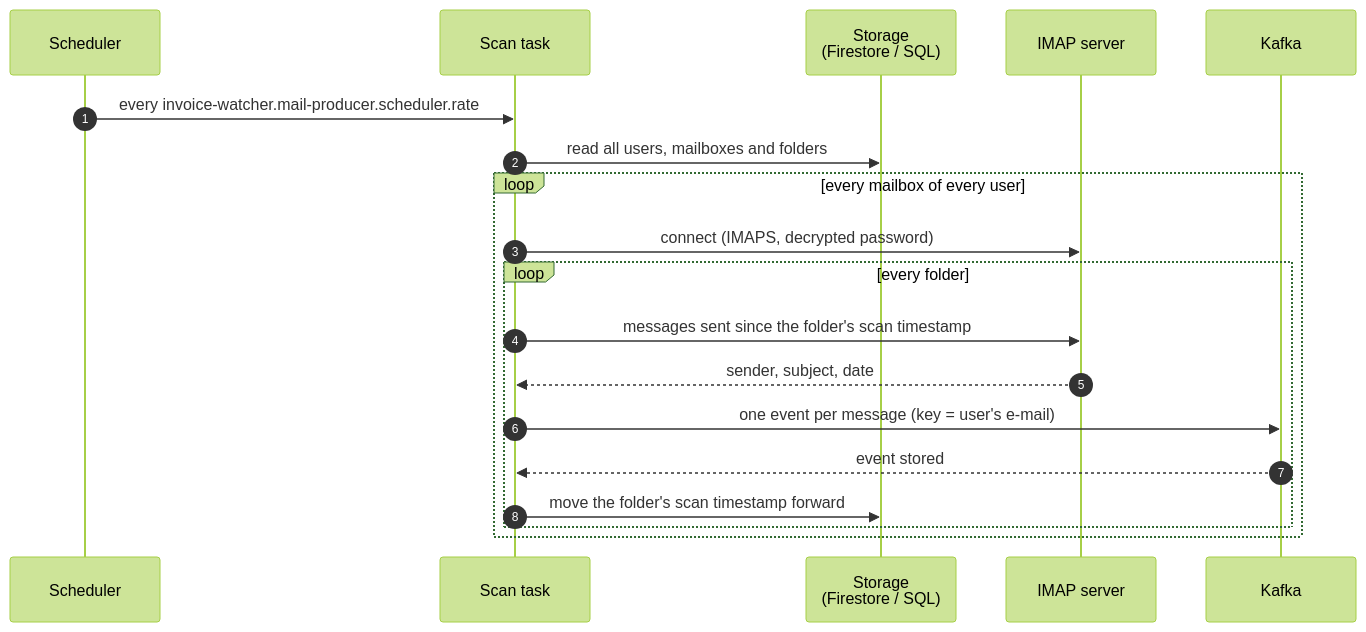
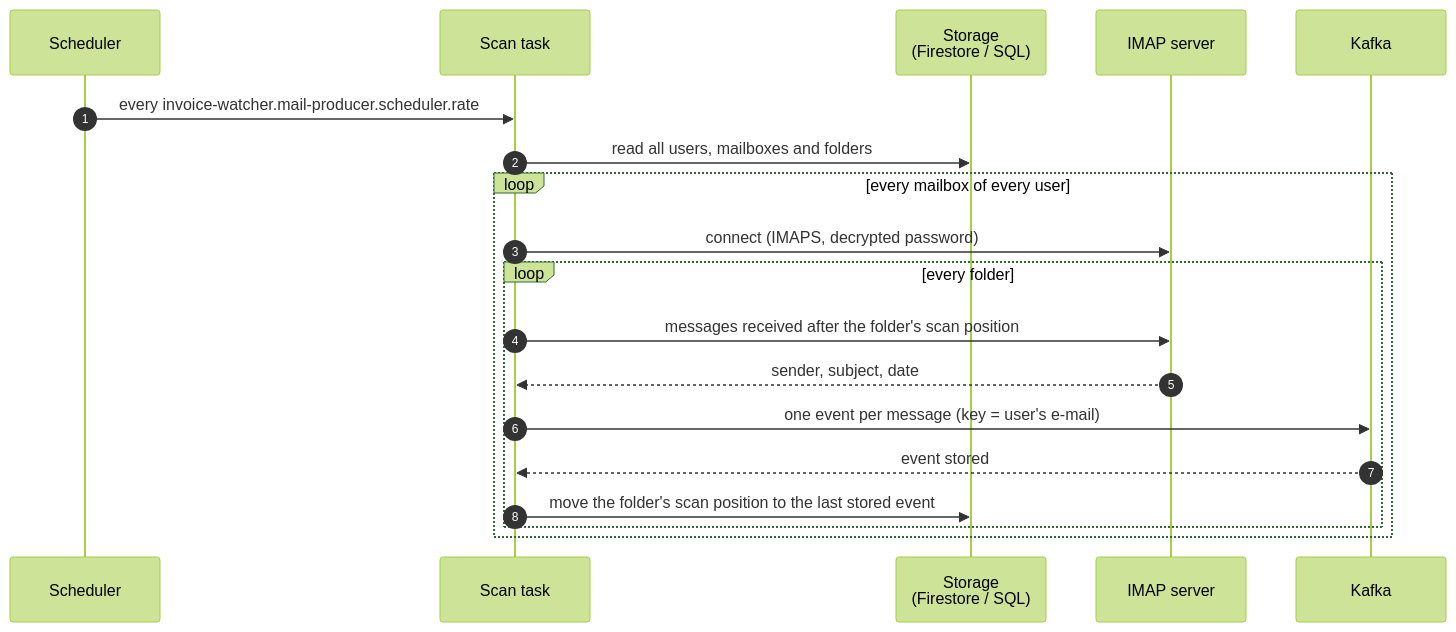
Before and after one commit to Guslarz/invoice-watcher: the first of 2 diagrams in docs/system/index.md, drawn with Mermaid (forest theme). The commit also changed other lines of this file and 37 other files, not shown here.

First line of the commit message:
Scan folders by IMAP UID position instead of sent date

````diff
--- a/docs/system/index.md
+++ b/docs/system/index.md
@@ -11,22 +11,22 @@
 ```mermaid
 sequenceDiagram
   autonumber
   participant S as Scheduler
   participant T as Scan task
   participant D as Storage<br/>(Firestore / SQL)
   participant M as IMAP server
   participant K as Kafka
 
   S->>T: every invoice-watcher.mail-producer.scheduler.rate
   T->>D: read all users, mailboxes and folders
   loop every mailbox of every user
     T->>M: connect (IMAPS, decrypted password)
     loop every folder
-      T->>M: messages sent since the folder's scan timestamp
+      T->>M: messages received after the folder's scan position
       M-->>T: sender, subject, date
       T->>K: one event per message (key = user's e-mail)
       K-->>T: event stored
-      T->>D: move the folder's scan timestamp forward
+      T->>D: move the folder's scan position to the last stored event
     end
   end
 ```
````
